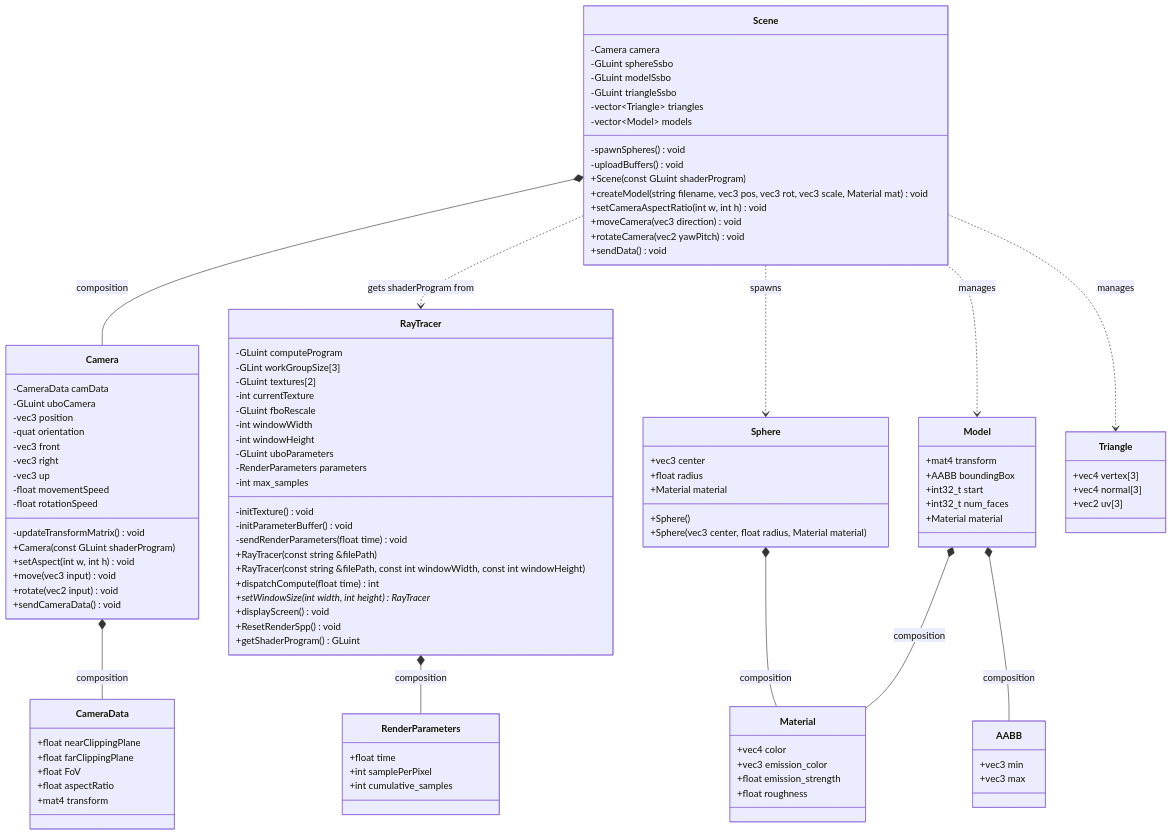
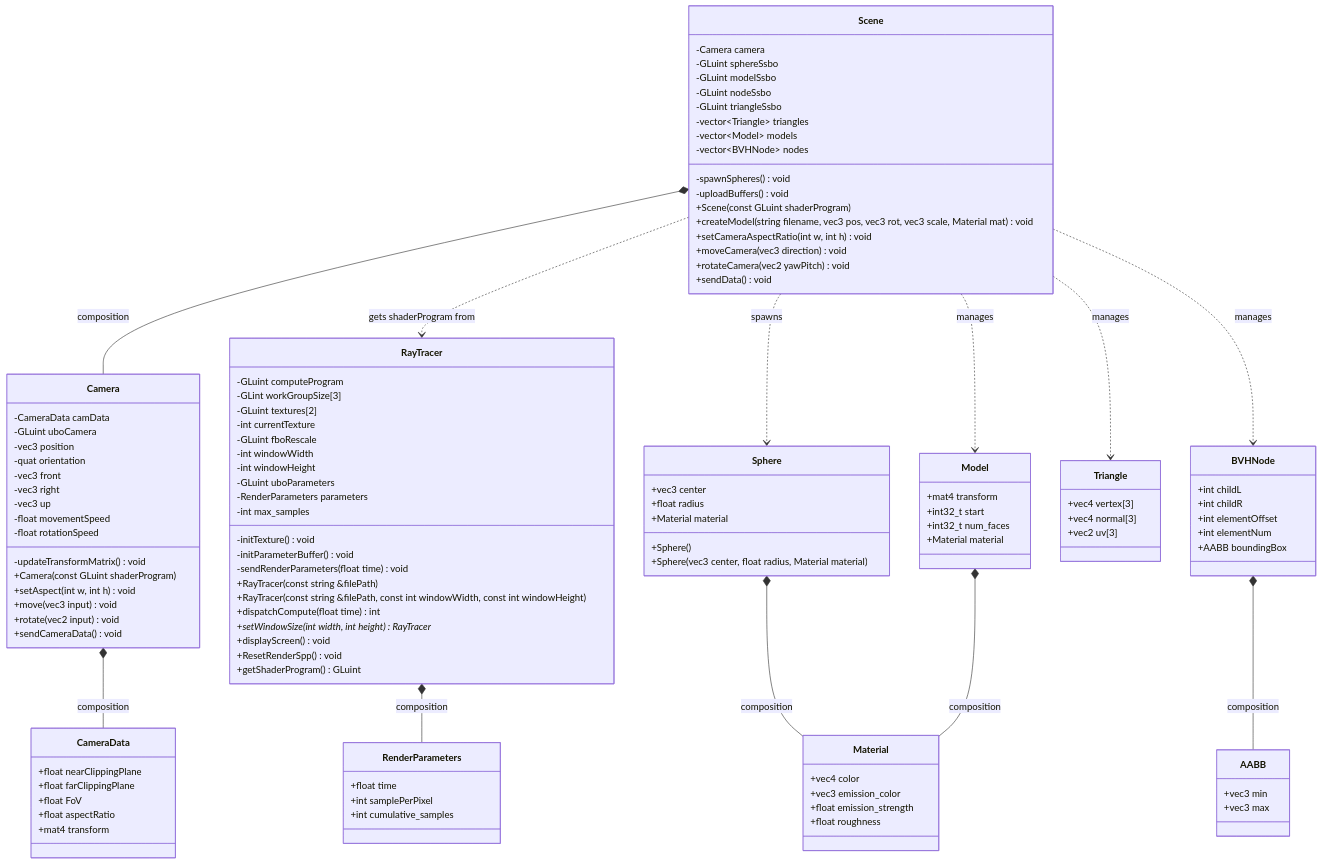
The third of 4 diagrams in doc/guide.md (LEE-CHI-HSUAN/GL-Ray-Tracer), drawn with Mermaid before and after one commit. The commit also changed other lines of this file and 1 other file, not shown here.

Commit message:
AABB Culling

````diff
--- a/doc/guide.md
+++ b/doc/guide.md
@@ -135,9 +138,11 @@
         -Camera camera
         -GLuint sphereSsbo
         -GLuint modelSsbo
+        -GLuint nodeSsbo
         -GLuint triangleSsbo
         -vector~Triangle~ triangles
         -vector~Model~ models
+        -vector~BVHNode~ nodes
         -spawnSpheres() void
         -uploadBuffers() void
         +Scene(const GLuint shaderProgram)
@@ -196,7 +201,6 @@
 
     class Model {
         +mat4 transform
-        +AABB boundingBox
         +int32_t start
         +int32_t num_faces
         +Material material
@@ -208,6 +212,14 @@
         +vec2 uv[3]
     }
 
+    class BVHNode {
+        +int childL
+        +int childR
+        +int elementOffset
+        +int elementNum
+        +AABB boundingBox
+    }
+
     RayTracer *-- RenderParameters : composition
     Scene *-- Camera : composition
     Camera *-- CameraData : composition
@@ -215,7 +227,8 @@
     Scene ..> Sphere : spawns
     Scene ..> Model : manages
     Scene ..> Triangle : manages
+    Scene ..> BVHNode : manages
     Sphere *-- Material : composition
     Model *-- Material : composition
-    Model *-- AABB : composition
+    BVHNode *-- AABB : composition
 ```
````
